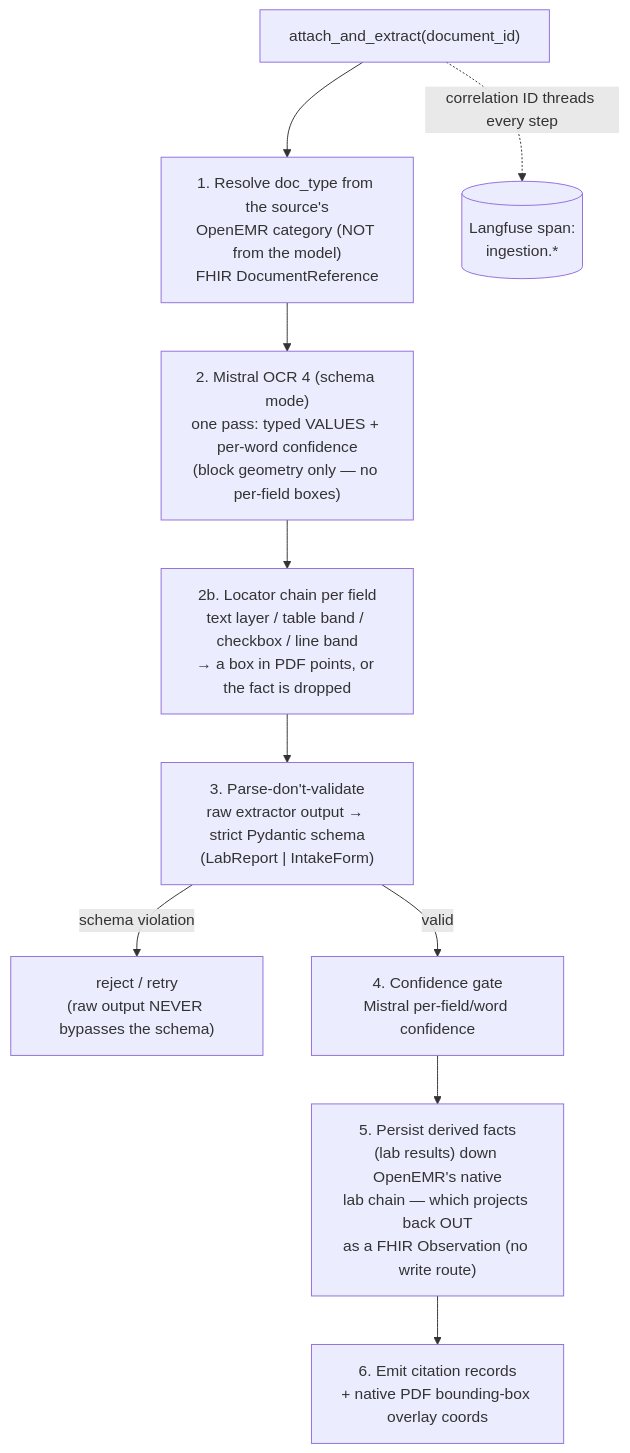
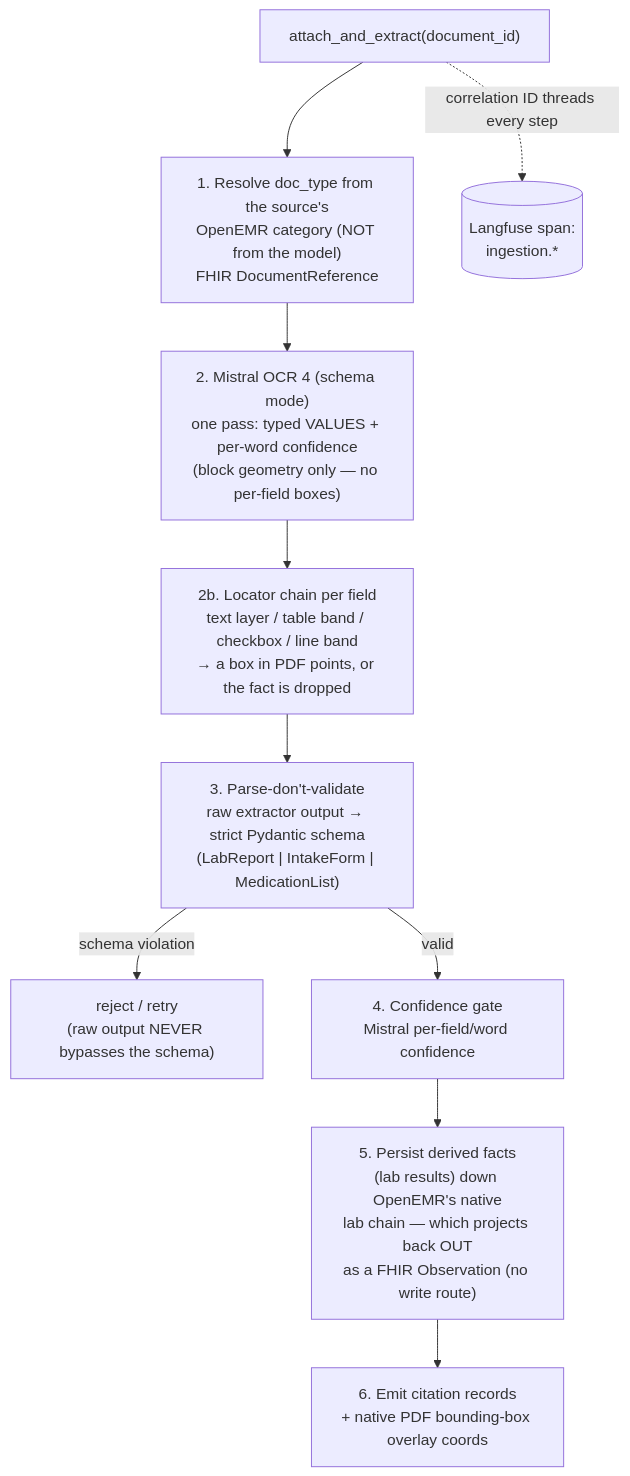
Before and after one commit to Josie29/openemr: the first of 3 diagrams in W2_ARCHITECTURE.md, drawn with Mermaid. The commit also changed other lines of this file and 35 other files, not shown here.

````diff
--- a/W2_ARCHITECTURE.md
+++ b/W2_ARCHITECTURE.md
@@ -193,12 +197,12 @@
 ```mermaid
 flowchart TB
     up["attach_and_extract(document_id)"] --> store["1. Resolve doc_type from the source's\nOpenEMR category (NOT from the model)\nFHIR DocumentReference"]
     store --> ext["2. Mistral OCR 4 (schema mode)\none pass: typed VALUES + per-word confidence\n(block geometry only — no per-field boxes)"]
     ext --> locate["2b. Locator chain per field\ntext layer / table band / checkbox / line band\n→ a box in PDF points, or the fact is dropped"]
-    locate --> parse["3. Parse-don't-validate\nraw extractor output → strict Pydantic schema\n(LabReport | IntakeForm)"]
+    locate --> parse["3. Parse-don't-validate\nraw extractor output → strict Pydantic schema\n(LabReport | IntakeForm | MedicationList)"]
     parse -->|schema violation| retry["reject / retry\n(raw output NEVER bypasses the schema)"]
     parse -->|valid| conf["4. Confidence gate\nMistral per-field/word confidence"]
     conf --> derive["5. Persist derived facts\n(lab results) down OpenEMR's native\nlab chain — which projects back OUT\nas a FHIR Observation (no write route)"]
     derive --> cite["6. Emit citation records\n+ native PDF bounding-box overlay coords"]
     up -.->|correlation ID threads every step| obs[("Langfuse span:\ningestion.*")]
 ```
````
